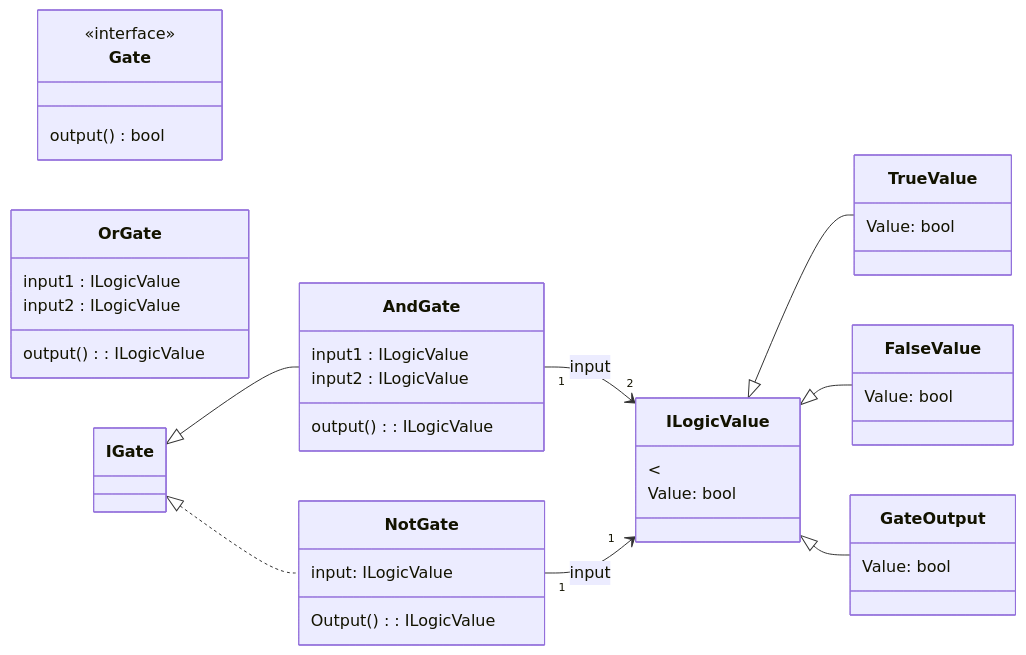
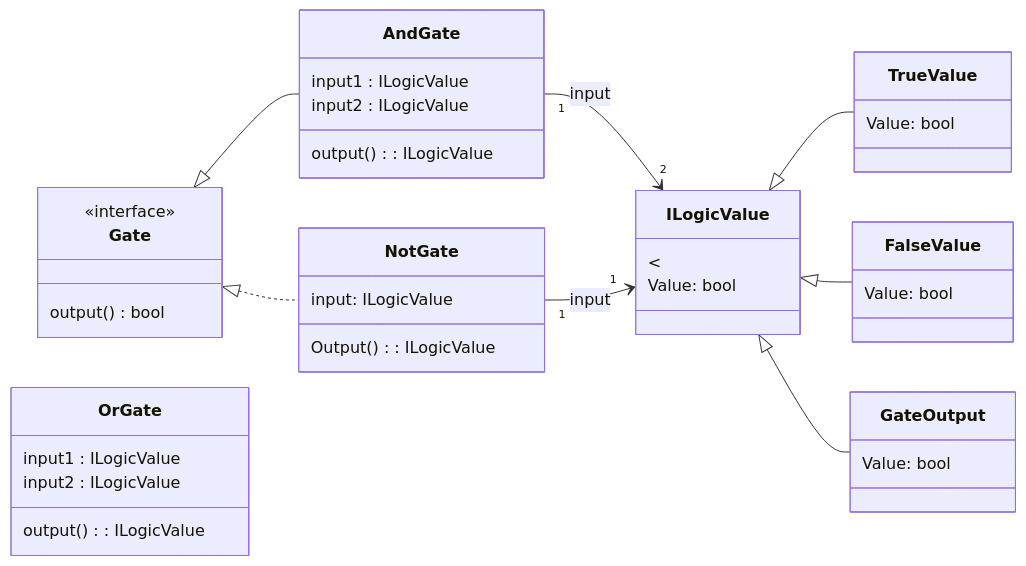
The diagram in DIAGRAM.md (nachoocorrea/Logic-gates), drawn with Mermaid before and after one commit.

Commit message:
Update class relationships in DIAGRAM.md

````diff
--- a/DIAGRAM.md
+++ b/DIAGRAM.md
@@ -1,56 +1,56 @@
 ```mermaid
 classDiagram
     direction LR
 
     class ILogicValue{
         <<interface>
         Value: bool
     }
 
     class TrueValue{
         Value: bool
     }
 
     class FalseValue{
         Value: bool
     }
 
     class GateOutput{
         Value: bool
     }
     
     class Gate{
         <<interface>>
         output() bool
     }
 
     class AndGate{
         input1 : ILogicValue
         input2 : ILogicValue
         output() : ILogicValue
     }
 
     class OrGate{
         input1 : ILogicValue
         input2 : ILogicValue
         output() : ILogicValue
     }
 
     class NotGate {
         input: ILogicValue
         Output(): ILogicValue
     }
 
     %% Relaciones 
     ILogicValue <|-- TrueValue
     ILogicValue <|-- FalseValue
     ILogicValue <|-- GateOutput
 
     %% Implementacion de la interfaz Gate
-    IGate <|-- AndGate
-    IGate <|.. NotGate
+    Gate <|-- AndGate
+    Gate <|.. NotGate
 
     %% Relación de asociación: AndGate contiene/recibe instancias de LogicValue
     AndGate "1" --> "2" ILogicValue : input
     NotGate "1" --> "1" ILogicValue : input
 ```
````
